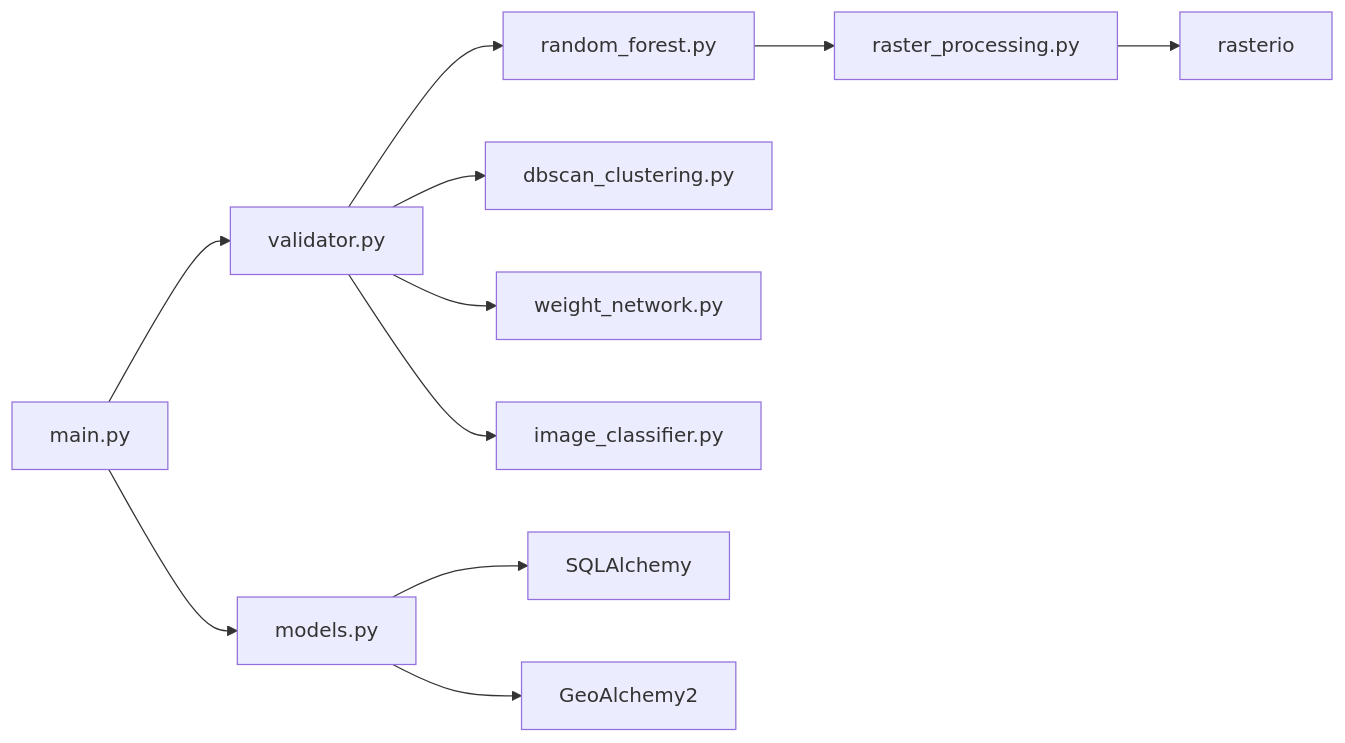
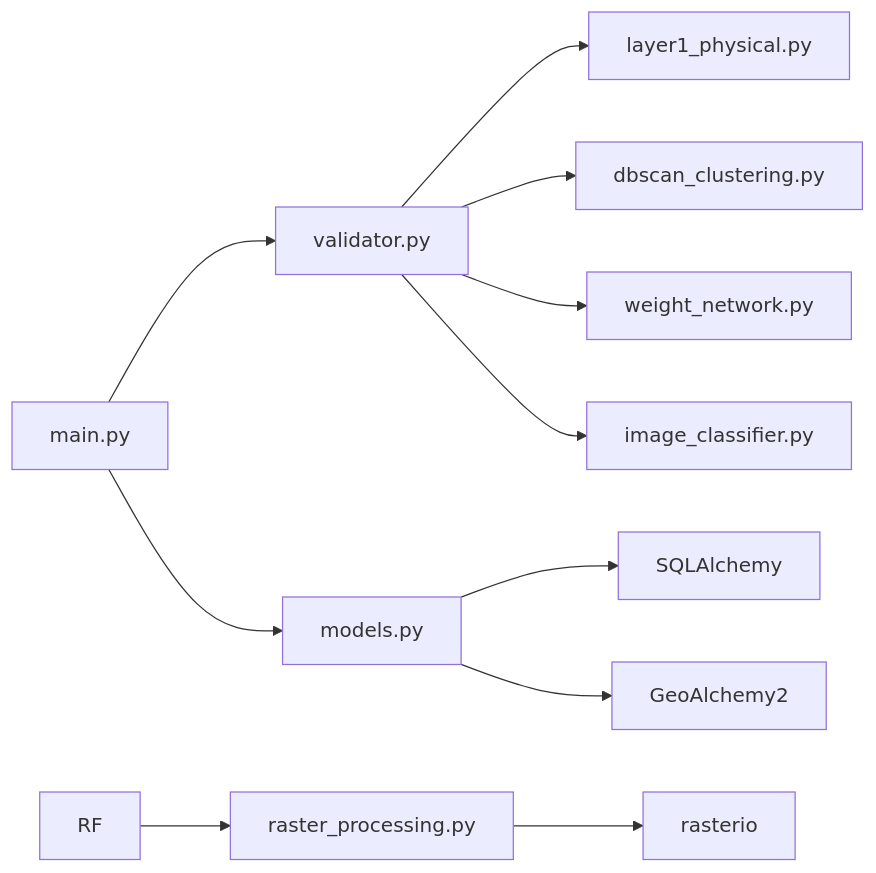
The second of 2 diagrams in results/figures/diagrams/11_component_dependency.md (ui07xWizardOp/odisha-flood-validation-system), drawn with Mermaid before and after one commit. The commit also changed other lines of this file and 17 other files, not shown here.

````diff
--- a/results/figures/diagrams/11_component_dependency.md
+++ b/results/figures/diagrams/11_component_dependency.md
@@ -147,15 +142,15 @@
 ```mermaid
 flowchart LR
     MAIN["main.py"] --> VALIDATOR["validator.py"]
-    VALIDATOR --> RF["random_forest.py"]
+    VALIDATOR --> RULE["layer1_physical.py"]
     VALIDATOR --> DBSCAN["dbscan_clustering.py"]
     VALIDATOR --> WEIGHT["weight_network.py"]
     VALIDATOR --> IMGCLS["image_classifier.py"]
     
     RF --> RASTER["raster_processing.py"]
     RASTER --> RASTERIO["rasterio"]
     
     MAIN --> MODELS["models.py"]
     MODELS --> SQLALCHEMY["SQLAlchemy"]
     MODELS --> GEOALCHEMY["GeoAlchemy2"]
 ```
````
